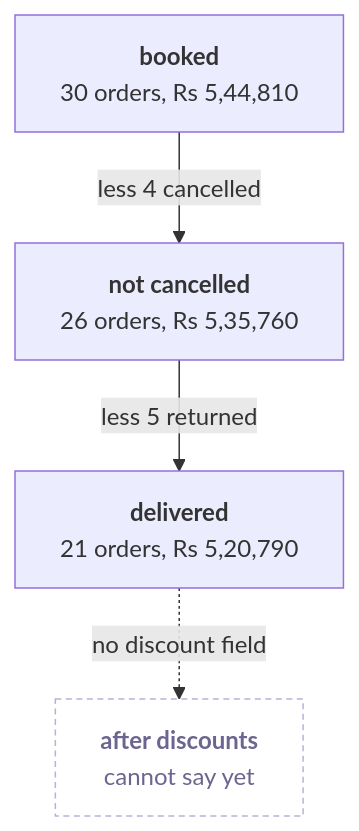
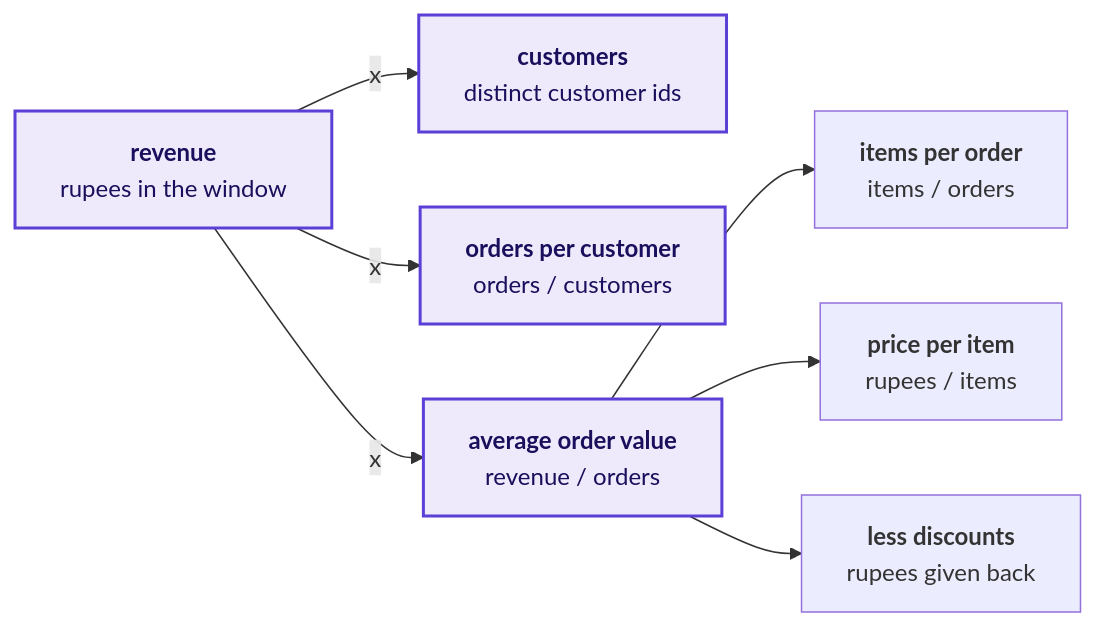
The first of 15 diagrams in content/W01/D1/slides/C2_W01_D01_half1_STUDENT.md (fde-academy-lab/c2-content-factory), drawn with Mermaid before and after one commit. The commit also changed other lines of this file and 28 other files, not shown here.

First line of the commit message:
W01 D1 checkpoint: family rebuilds in progress (decks, notebooks, exercises, companion, reading), not yet verified

````diff
--- a/content/W01/D1/slides/C2_W01_D01_half1_STUDENT.md
+++ b/content/W01/D1/slides/C2_W01_D01_half1_STUDENT.md
@@ -82,8 +83,11 @@
 ```mermaid
-flowchart TB
-    B["<b>booked</b><br/>30 orders, Rs 5,44,810"] -->|"less 4 cancelled"| N["<b>not cancelled</b><br/>26 orders, Rs 5,35,760"]
-    N -->|"less 5 returned"| D["<b>delivered</b><br/>21 orders, Rs 5,20,790"]
-    D -.->|"no discount field"| X["<b>after discounts</b><br/>cannot say yet"]
-    classDef unknown fill:#FFFFFF,stroke:#B8B2D6,color:#6B6690,stroke-dasharray:4 3
-    class X unknown
+flowchart LR
+    R["<b>revenue</b><br/>rupees in the window"] -->|"x"| C["<b>customers</b><br/>distinct customer ids"]
+    R -->|"x"| F["<b>orders per customer</b><br/>orders / customers"]
+    R -->|"x"| A["<b>average order value</b><br/>revenue / orders"]
+    A --> I["<b>items per order</b><br/>items / orders"]
+    A --> P["<b>price per item</b><br/>rupees / items"]
+    A --> D["<b>less discounts</b><br/>rupees given back"]
+    classDef known fill:#EEEAFB,stroke:#5B3FD6,color:#1A0F5C,stroke-width:2px
+    class R,C,F,A known
 ```
````
